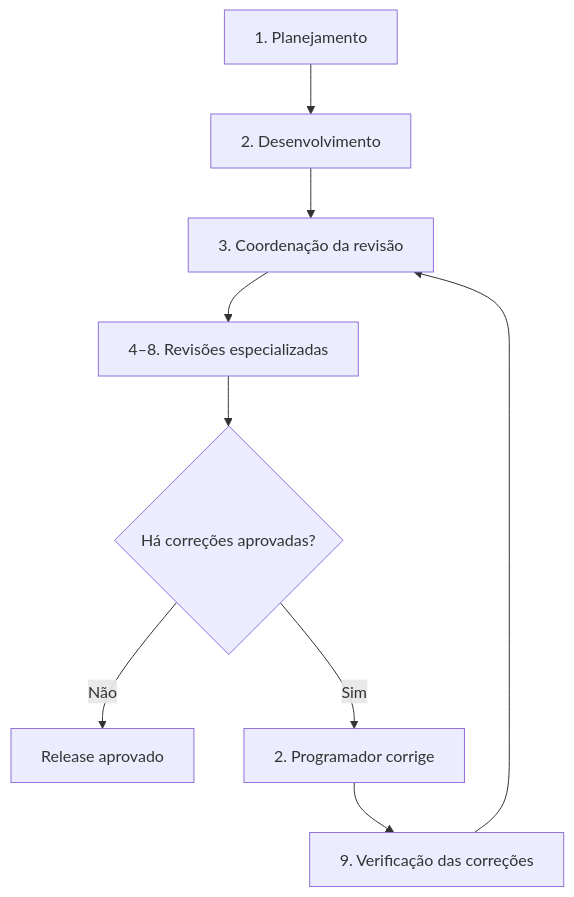
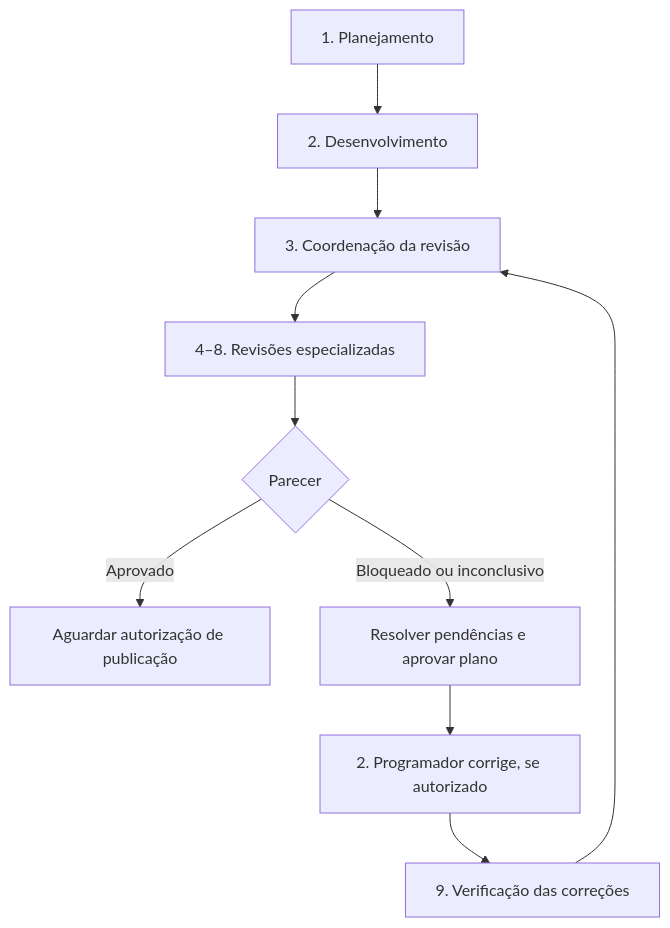
One commit to Bonisengna/skillscodex changed the diagram in README.md. Above: the diagram before and after it, drawn with Mermaid. The commit also changed other lines of this file and 23 other files, not shown here.

````diff
--- a/README.md
+++ b/README.md
@@ -33,11 +39,12 @@
 ```mermaid
 flowchart TD
     A["1. Planejamento"] --> B["2. Desenvolvimento"]
     B --> C["3. Coordenação da revisão"]
     C --> D["4–8. Revisões especializadas"]
-    D --> E{"Há correções aprovadas?"}
-    E -->|Não| H["Release aprovado"]
-    E -->|Sim| G["2. Programador corrige"]
+    D --> E{"Parecer"}
+    E -->|Aprovado| H["Aguardar autorização de publicação"]
+    E -->|Bloqueado ou inconclusivo| I["Resolver pendências e aprovar plano"]
+    I --> G["2. Programador corrige, se autorizado"]
     G --> F["9. Verificação das correções"]
     F --> C
 ```
````
